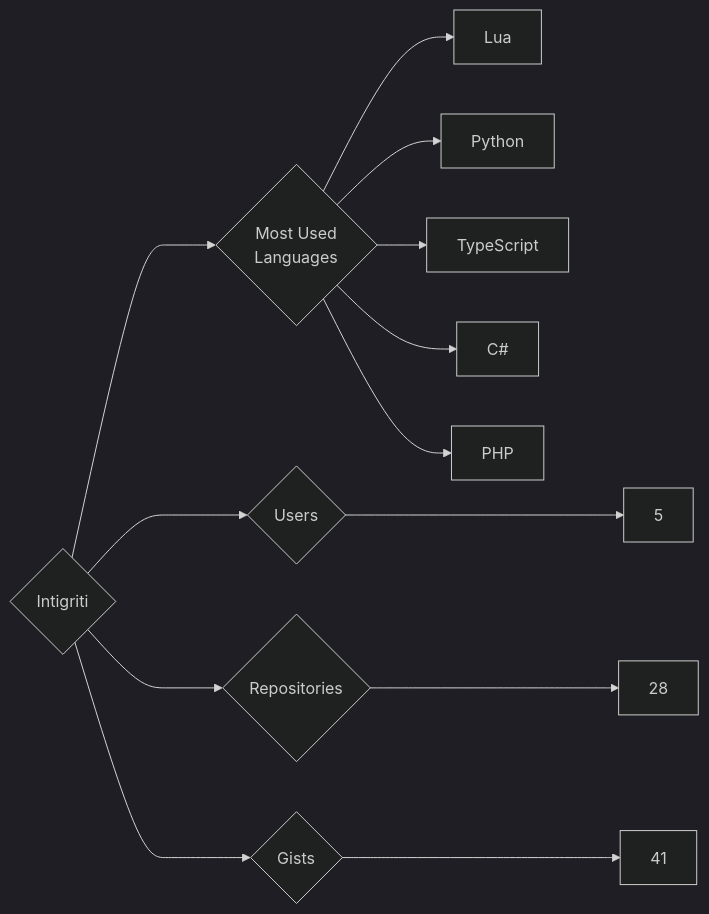
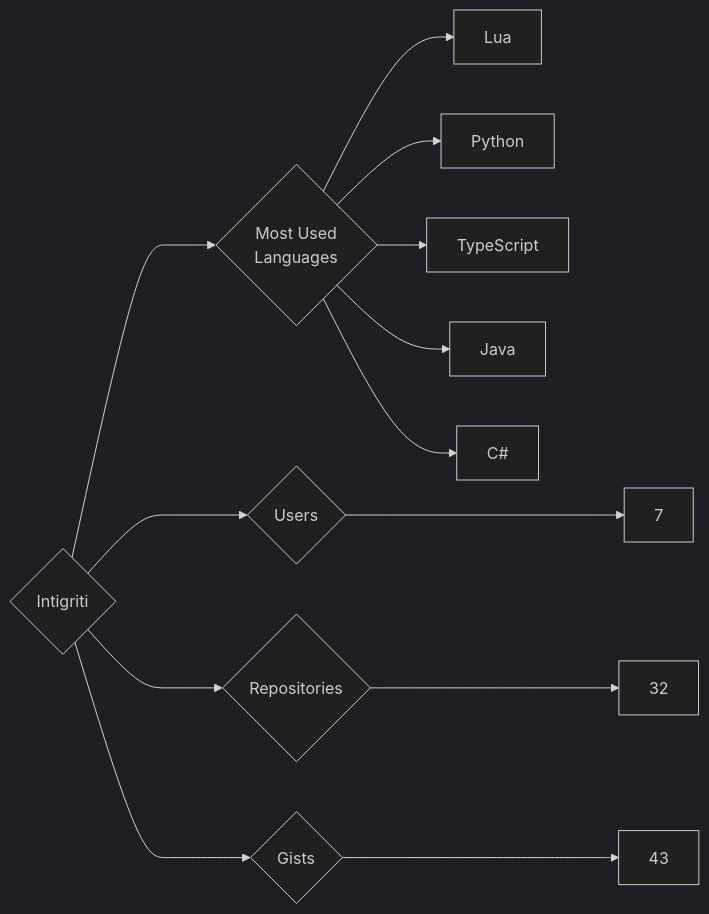
One commit to trickest/insiders changed the diagram in targets/Intigriti/README.md. Above: the diagram before and after it, drawn with Mermaid (dark theme). The commit also changed 1084 other files, not shown here.

````diff
--- a/targets/Intigriti/README.md
+++ b/targets/Intigriti/README.md
@@ -3,13 +3,13 @@
 ```mermaid
 graph LR
 COMPANY_NAME{Intigriti}
-COMPANY_NAME ---> U{Users} ---> UN[5]
-COMPANY_NAME ---> R{Repositories} ---> RN[28]
-COMPANY_NAME ---> G{Gists} ---> GN[41]
+COMPANY_NAME ---> U{Users} ---> UN[7]
+COMPANY_NAME ---> R{Repositories} ---> RN[32]
+COMPANY_NAME ---> G{Gists} ---> GN[43]
 COMPANY_NAME ---> ML{Most Used<br>Languages}
 ML --> Lua[Lua]
 ML --> Python[Python]
 ML --> TypeScript[TypeScript]
+ML --> Java[Java]
 ML --> C#[C#]
-ML --> PHP[PHP]
 ```
````
